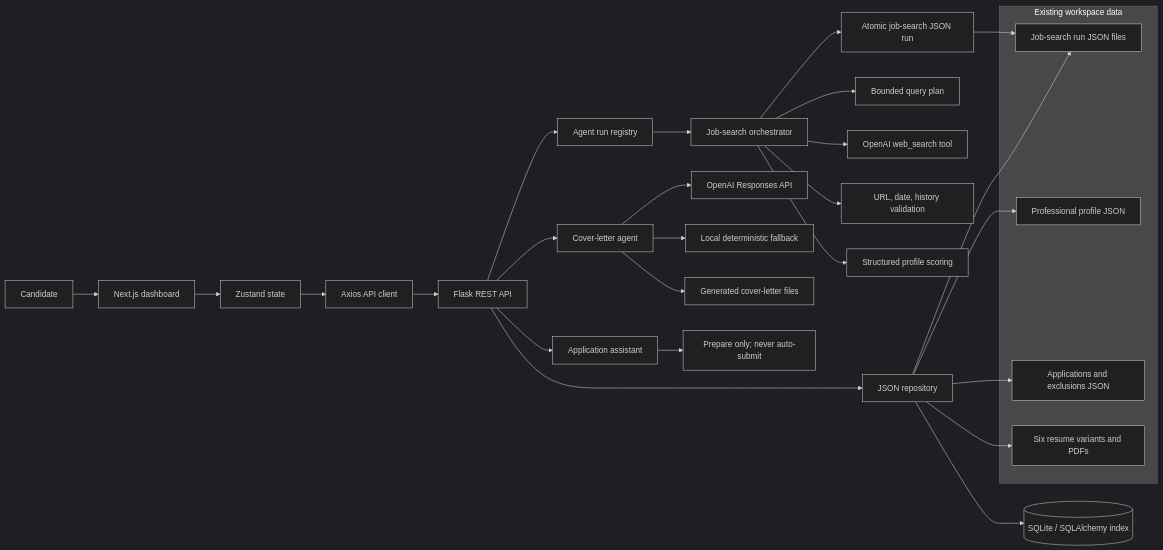
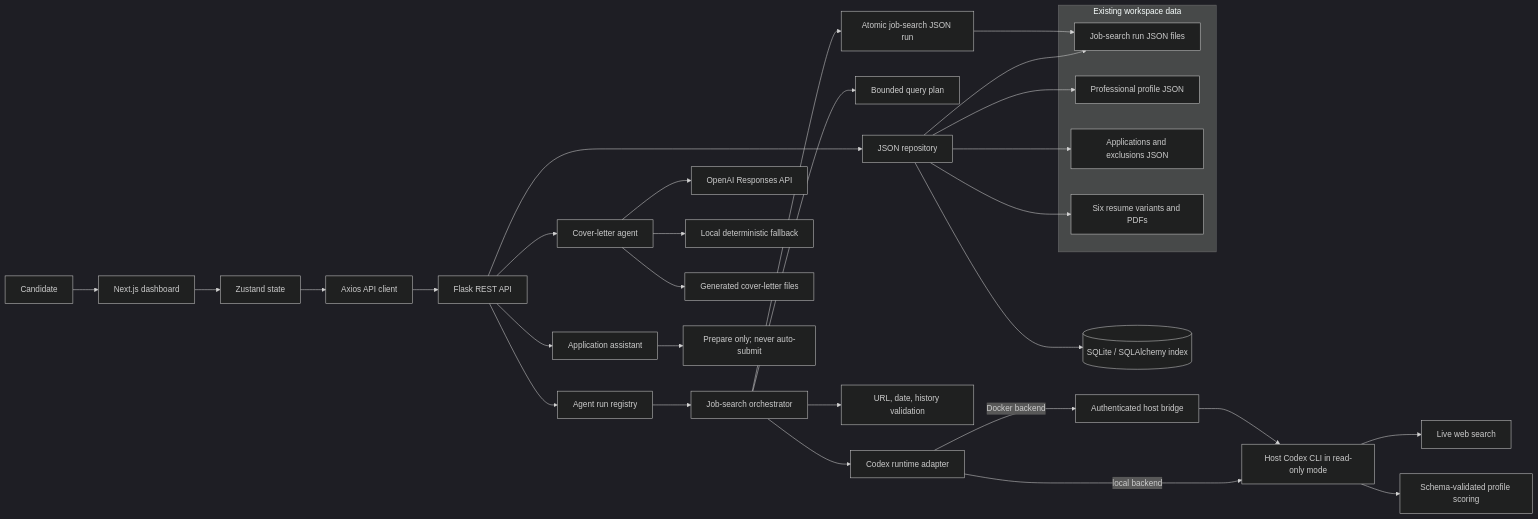
One commit to rodolrojas/job-search-dashboard changed the diagram in docs/architecture.md. Above: the diagram before and after it, drawn with Mermaid (dark theme). The commit also changed other lines of this file and 15 other files, not shown here.

Commit message:
Use host Codex CLI for job search agent

````diff
--- a/docs/architecture.md
+++ b/docs/architecture.md
@@ -3,37 +3,41 @@
 ```mermaid
 flowchart LR
   User[Candidate] --> UI[Next.js dashboard]
   UI --> Store[Zustand state]
   Store --> Client[Axios API client]
   Client --> API[Flask REST API]
 
   subgraph Data[Existing workspace data]
     Runs[Job-search run JSON files]
     Profile[Professional profile JSON]
     History[Applications and exclusions JSON]
     Resumes[Six resume variants and PDFs]
   end
 
   API --> Repo[JSON repository]
   Repo --> Runs
   Repo --> Profile
   Repo --> History
   Repo --> Resumes
   Repo --> ORM[(SQLite / SQLAlchemy index)]
 
   API --> Runner[Agent run registry]
   Runner --> Agent[Job-search orchestrator]
   Agent --> Plan[Bounded query plan]
-  Agent --> Web[OpenAI web_search tool]
+  Agent --> Runtime[Codex runtime adapter]
+  Runtime -->|local backend| Codex[Host Codex CLI in read-only mode]
+  Runtime -->|Docker backend| Bridge[Authenticated host bridge]
+  Bridge --> Codex
+  Codex --> Web[Live web search]
   Agent --> Validate[URL, date, history validation]
-  Agent --> Score[Structured profile scoring]
+  Codex --> Score[Schema-validated profile scoring]
   Agent --> Persist[Atomic job-search JSON run]
   Persist --> Runs
   API --> Cover[Cover-letter agent]
   Cover --> Responses[OpenAI Responses API]
   Cover --> Drafts[Local deterministic fallback]
   Cover --> Output[Generated cover-letter files]
 
   Application[Application assistant] --> Guardrail[Prepare only; never auto-submit]
   API --> Application
 ```
````
